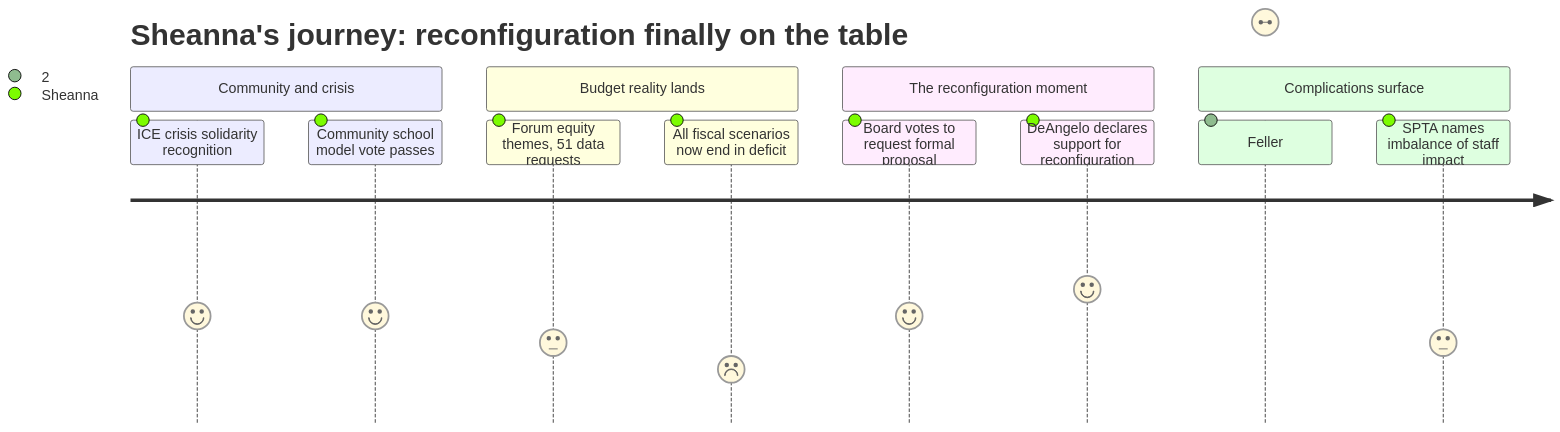
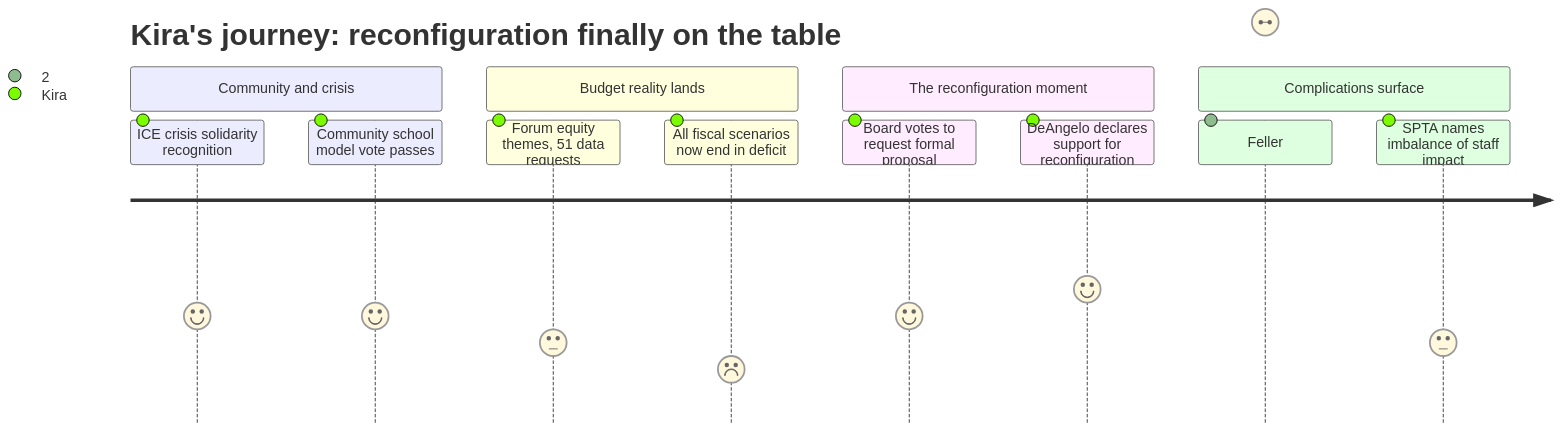
One commit to cristoslc/2026-south-portland-school-budget changed the diagram in data/interpretation/meetings/2026-02-09-school-board/PERSONA-015.md. Above: the diagram before and after it, drawn with Mermaid. The commit also changed other lines of this file and 45 other files, not shown here.

````diff
--- a/data/interpretation/meetings/2026-02-09-school-board/PERSONA-015.md
+++ b/data/interpretation/meetings/2026-02-09-school-board/PERSONA-015.md
@@ -79,16 +79,16 @@
 ```mermaid
 journey
-    title Sheanna's journey: reconfiguration finally on the table
+    title Kira's journey: reconfiguration finally on the table
     section Community and crisis
-        ICE crisis solidarity recognition: 4: Sheanna
-        Community school model vote passes: 4: Sheanna
+        ICE crisis solidarity recognition: 4: Kira
+        Community school model vote passes: 4: Kira
     section Budget reality lands
-        Forum equity themes, 51 data requests: 3: Sheanna
-        All fiscal scenarios now end in deficit: 2: Sheanna
+        Forum equity themes, 51 data requests: 3: Kira
+        All fiscal scenarios now end in deficit: 2: Kira
     section The reconfiguration moment
-        Board votes to request formal proposal: 4: Sheanna
-        DeAngelo declares support for reconfiguration: 5: Sheanna
+        Board votes to request formal proposal: 4: Kira
+        DeAngelo declares support for reconfiguration: 5: Kira
     section Complications surface
-        Feller: most contacts are opposed: 2: Sheanna
-        SPTA names imbalance of staff impact: 3: Sheanna
+        Feller: most contacts are opposed: 2: Kira
+        SPTA names imbalance of staff impact: 3: Kira
 ```
````
